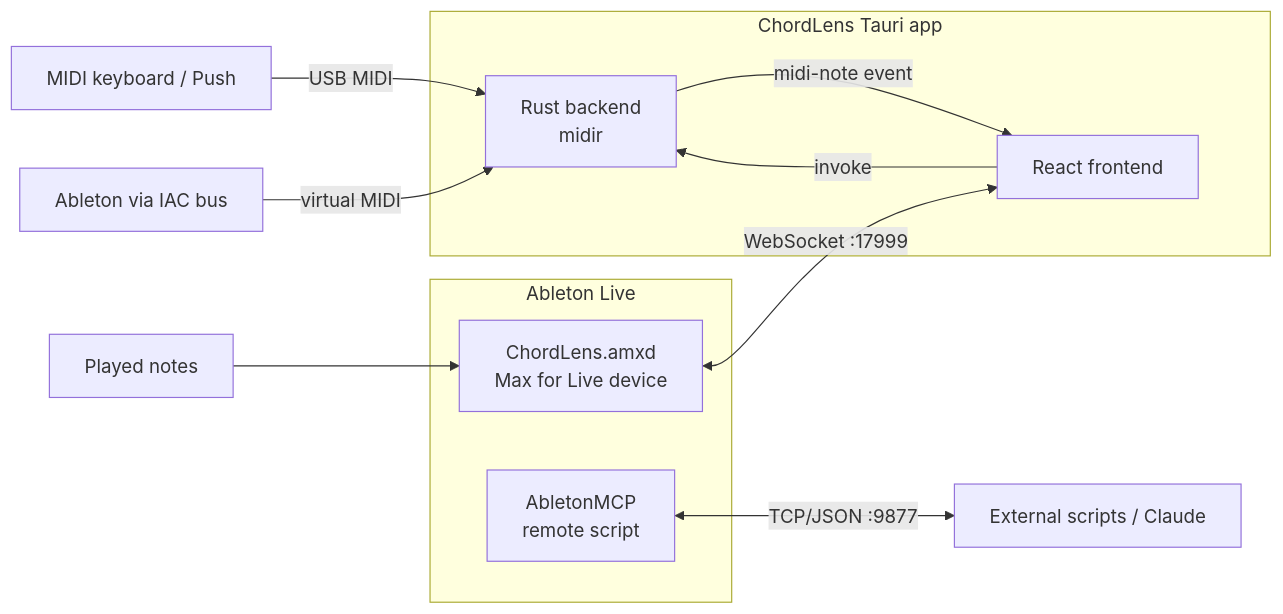
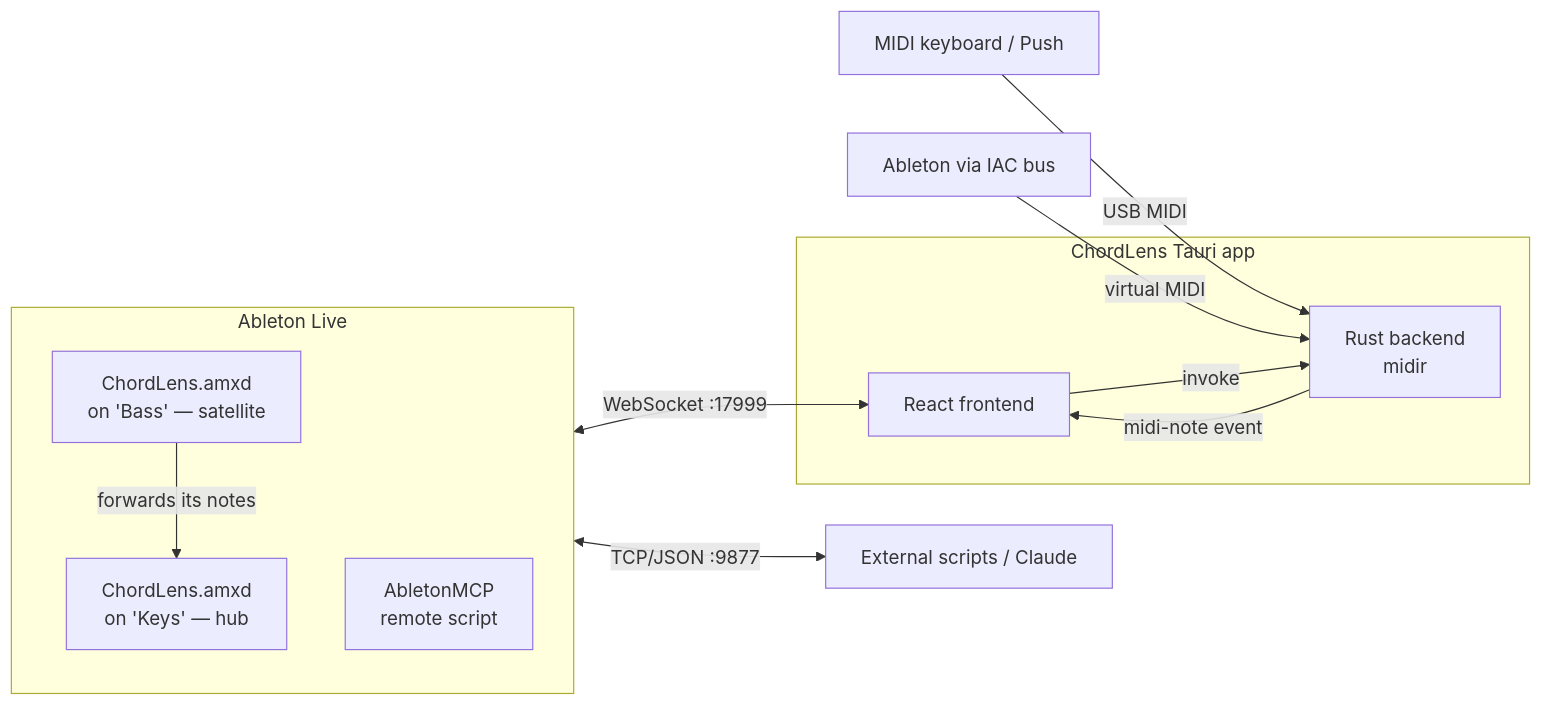
One commit to PaulBratslavsky/first-ableton-app changed the first of 7 diagrams in docs/architecture.md. Above: the diagram before and after it, drawn with Mermaid. The commit also changed other lines of this file and 1 other file, not shown here.

First line of the commit message:
Bring the architecture notes up to date

````diff
--- a/docs/architecture.md
+++ b/docs/architecture.md
@@ -30,20 +31,21 @@
 ```mermaid
 flowchart LR
   KB[MIDI keyboard / Push] -->|USB MIDI| RUST
   IAC[Ableton via IAC bus] -->|virtual MIDI| RUST
 
   subgraph APP["ChordLens Tauri app"]
     RUST[Rust backend<br/>midir] -->|midi-note event| FE[React frontend]
     FE -->|invoke| RUST
   end
 
   subgraph LIVE["Ableton Live"]
-    M4L[ChordLens.amxd<br/>Max for Live device]
+    direction TB
+    HUB["ChordLens.amxd<br/>on 'Keys' — hub"]
+    SAT["ChordLens.amxd<br/>on 'Bass' — satellite"]
+    SAT -->|forwards its notes| HUB
     MCP[AbletonMCP<br/>remote script]
   end
 
-  M4L <-->|WebSocket :17999| FE
+  HUB <-->|WebSocket :17999| FE
   MCP <-->|TCP/JSON :9877| EXT[External scripts / Claude]
-
-  PLAY[Played notes] --> M4L
 ```
````
